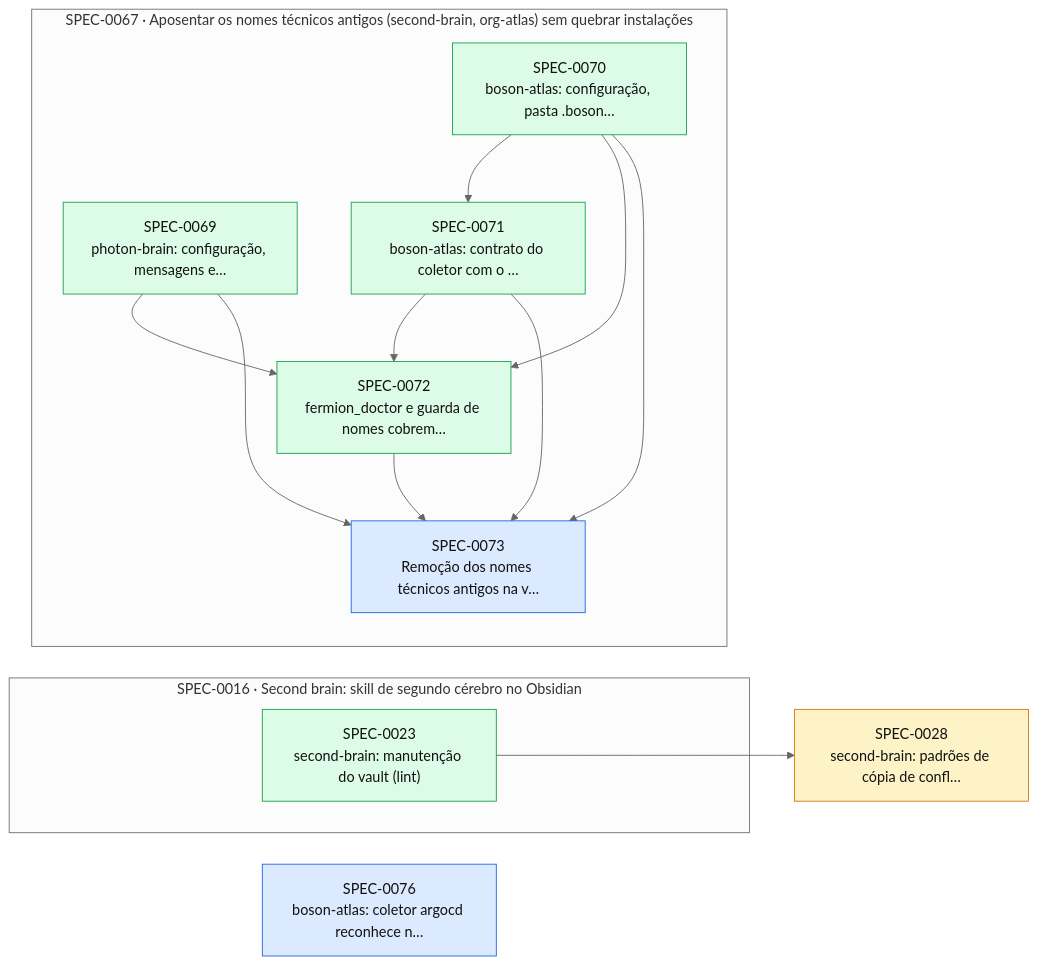
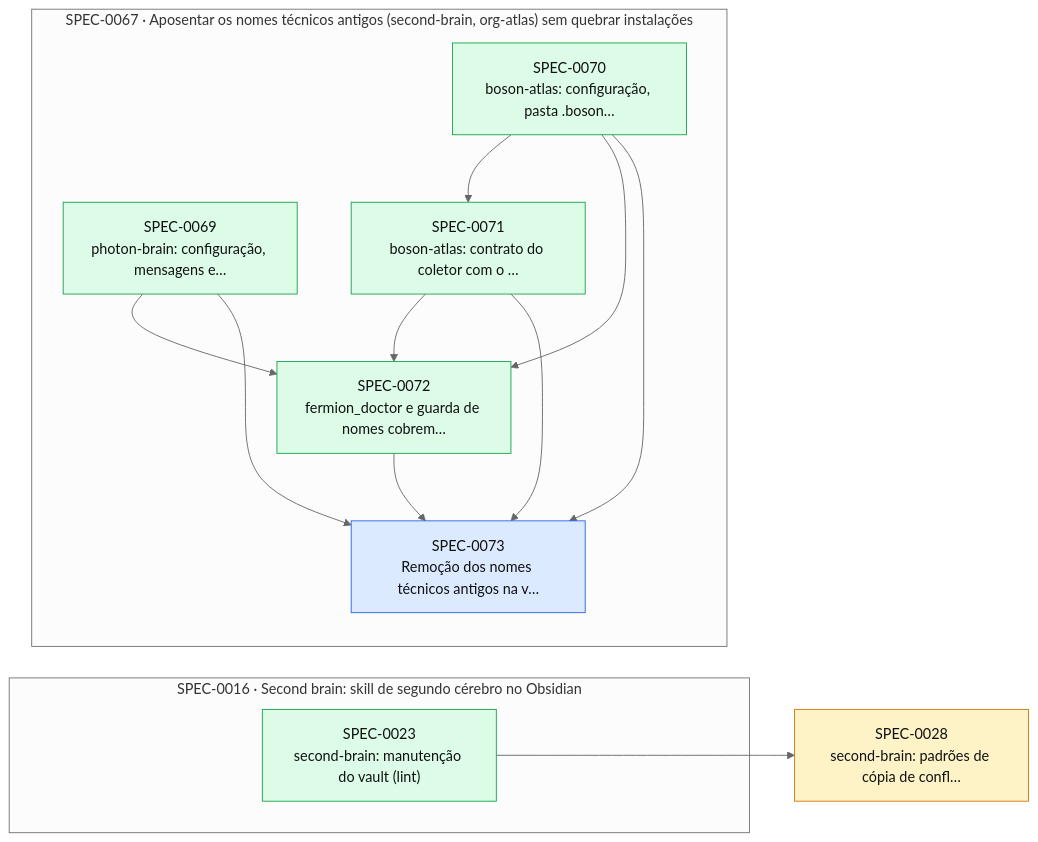
One commit to thomasravache/ai-dev-brain changed the diagram in docs/specs/INDEX.md. Above: the diagram before and after it, drawn with Mermaid (neutral theme). The commit also changed other lines of this file and 1 other file, not shown here.

First line of the commit message:
docs(specs): G7 e fechamento da SPEC-0076

````diff
--- a/docs/specs/INDEX.md
+++ b/docs/specs/INDEX.md
@@ -61,29 +60,28 @@
 ```mermaid
 flowchart LR
   S0028["SPEC-0028<br/>second-brain: padrões de cópia de confl…"]:::proposed
-  S0076["SPEC-0076<br/>boson-atlas: coletor argocd reconhece n…"]:::approved
   subgraph E0016["SPEC-0016 · Second brain: skill de segundo cérebro no Obsidian"]
     S0023["SPEC-0023<br/>second-brain: manutenção do vault (lint)"]:::implemented
   end
   subgraph E0067["SPEC-0067 · Aposentar os nomes técnicos antigos (second-brain, org-atlas) sem quebrar instalações"]
     S0069["SPEC-0069<br/>photon-brain: configuração, mensagens e…"]:::implemented
     S0070["SPEC-0070<br/>boson-atlas: configuração, pasta .boson…"]:::implemented
     S0071["SPEC-0071<br/>boson-atlas: contrato do coletor com o …"]:::implemented
     S0072["SPEC-0072<br/>fermion_doctor e guarda de nomes cobrem…"]:::implemented
     S0073["SPEC-0073<br/>Remoção dos nomes técnicos antigos na v…"]:::approved
   end
   S0023 --> S0028
   S0070 --> S0071
   S0069 --> S0072
   S0070 --> S0072
   S0071 --> S0072
   S0069 --> S0073
   S0070 --> S0073
   S0071 --> S0073
   S0072 --> S0073
   classDef proposed fill:#fef3c7,stroke:#d97706,color:#111
   classDef approved fill:#dbeafe,stroke:#2563eb,color:#111
   classDef inprogress fill:#ede9fe,stroke:#7c3aed,color:#111
   classDef implemented fill:#dcfce7,stroke:#16a34a,color:#111
   classDef deprecated fill:#f3f4f6,stroke:#9ca3af,color:#6b7280
 ```
````
